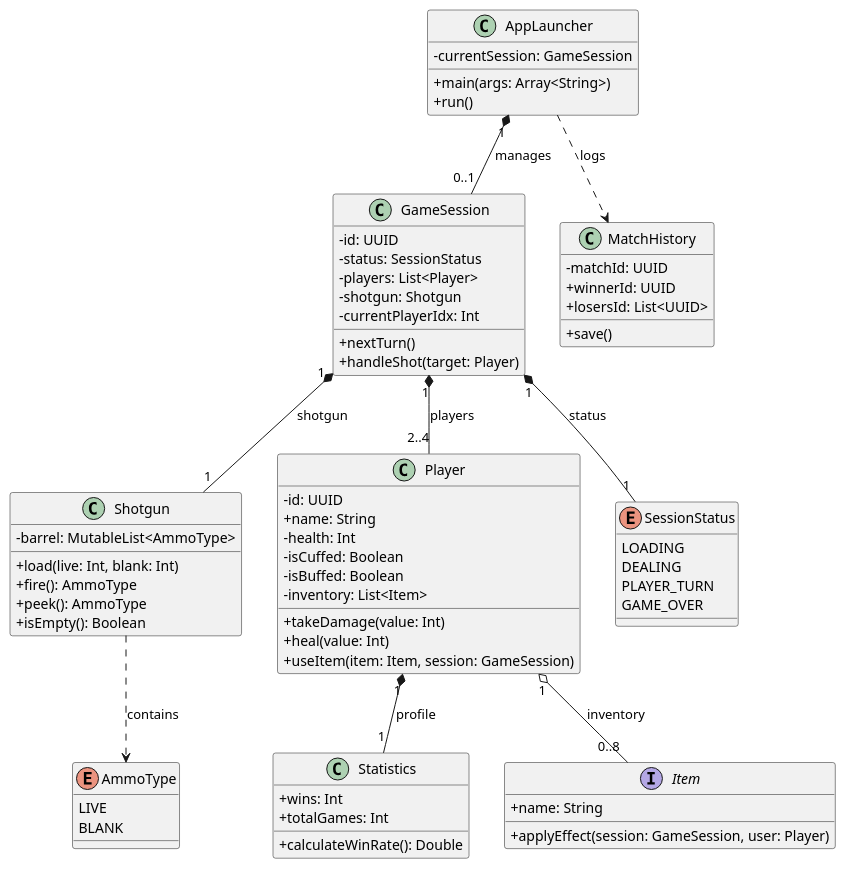
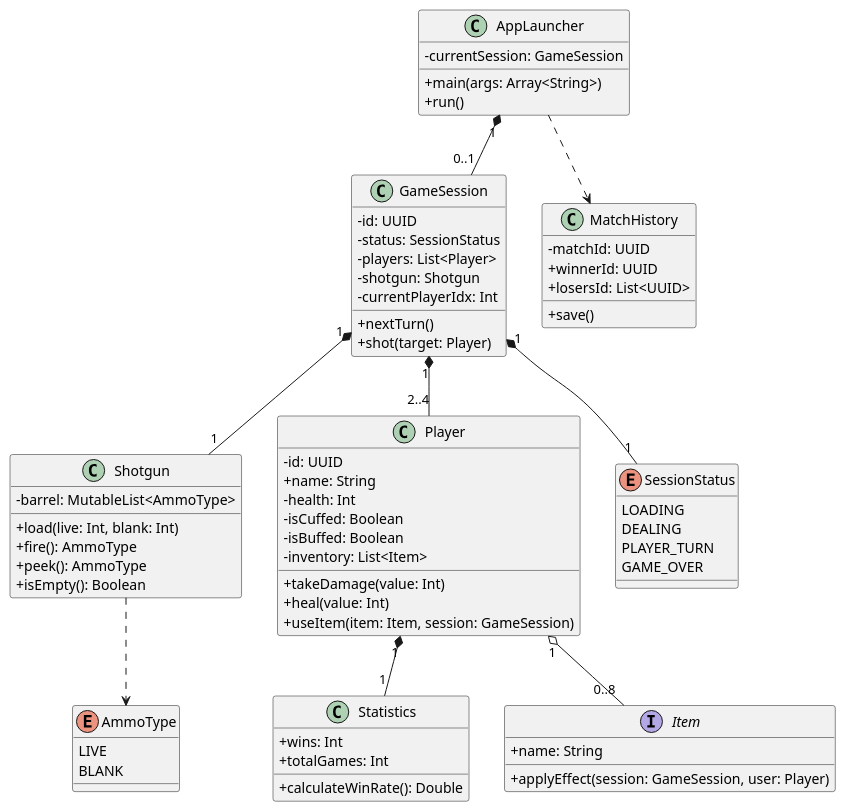
One commit to ermmmaks/CasePracticeKT changed the diagram in diagram.puml. Above: the diagram before and after it, drawn with PlantUML.

Commit message:
Remove unnencenssary cooments

```diff
--- a/diagram.puml
+++ b/diagram.puml
@@ -1,91 +1,91 @@
 @startuml
 skinparam classAttributeIconSize 0
 
 ' --- Основные классы (C) ---
 
 class AppLauncher {
     - currentSession: GameSession
     + main(args: Array<String>)
     + run()
 }
 
 class GameSession {
     - id: UUID
     - status: SessionStatus
     - players: List<Player>
     - shotgun: Shotgun
     - currentPlayerIdx: Int
     
     + nextTurn()
-    + handleShot(target: Player)
+    + shot(target: Player)
 }
 
 class Shotgun {
     - barrel: MutableList<AmmoType>
     + load(live: Int, blank: Int)
     + fire(): AmmoType
     + peek(): AmmoType
     + isEmpty(): Boolean
 }
 
 class Player {
     - id: UUID
     + name: String
     - health: Int
     - isCuffed: Boolean
     - isBuffed: Boolean
     - inventory: List<Item>
     
     + takeDamage(value: Int)
     + heal(value: Int)
     + useItem(item: Item, session: GameSession)
 }
 
 class Statistics {
     + wins: Int
     + totalGames: Int
     + calculateWinRate(): Double
 }
 
 class MatchHistory {
     - matchId: UUID
     + winnerId: UUID
     + losersId: List<UUID>
     + save()
 }
 
 ' --- Перечисления (E) ---
 
 enum AmmoType {
     LIVE
     BLANK
 }
 
 enum SessionStatus {
     LOADING
     DEALING
     PLAYER_TURN
     GAME_OVER
 }
 
 ' --- Интерфейсы и Абстракции (I) ---
 
 interface Item {
     + name: String
     + applyEffect(session: GameSession, user: Player)
 }
 
 ' --- Отношения и зависимости ---
 
-AppLauncher "1" *-- "0..1" GameSession : manages
-GameSession "1" *-- "2..4" Player : players
-GameSession "1" *-- "1" Shotgun : shotgun
-GameSession "1" *-- "1" SessionStatus : status
+AppLauncher "1" *-- "0..1" GameSession
+GameSession "1" *-- "2..4" Player
+GameSession "1" *-- "1" Shotgun
+GameSession "1" *-- "1" SessionStatus
 
-Player "1" *-- "1" Statistics : profile
-Player "1" o-- "0..8" Item : inventory
+Player "1" *-- "1" Statistics
+Player "1" o-- "0..8" Item
 
-Shotgun ..> AmmoType : contains
-AppLauncher ..> MatchHistory : logs
+Shotgun ..> AmmoType
+AppLauncher ..> MatchHistory
 
 @enduml
```
